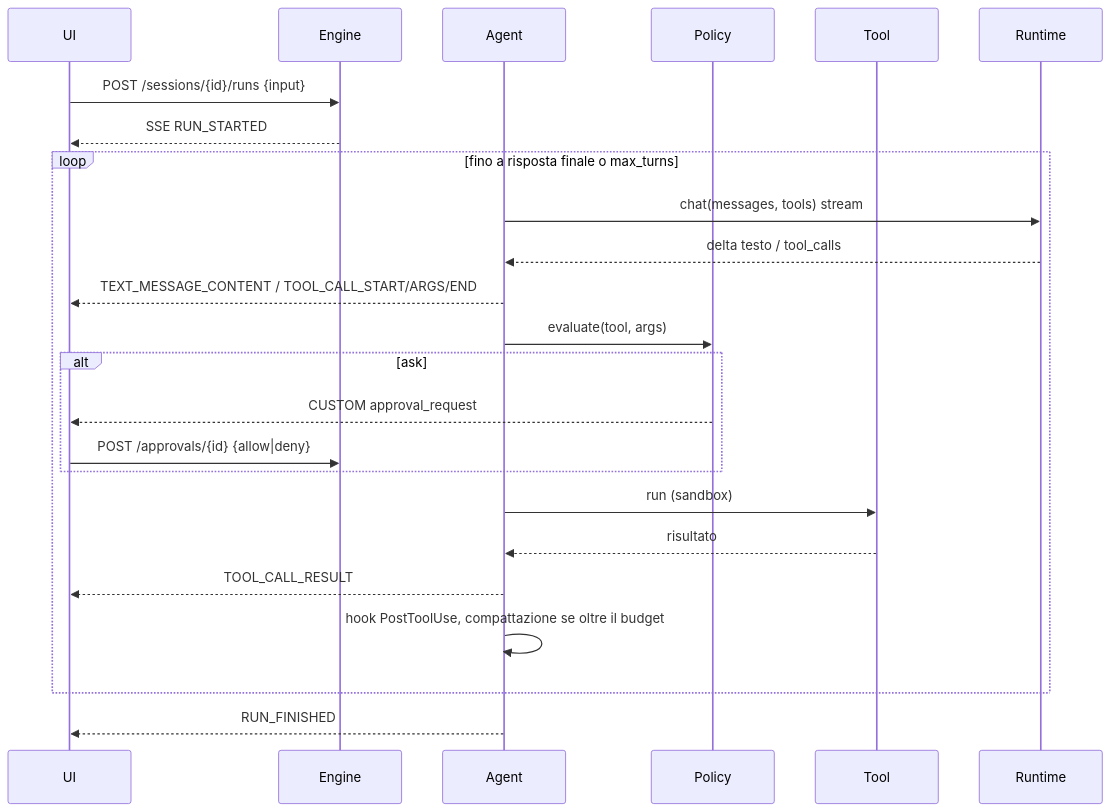
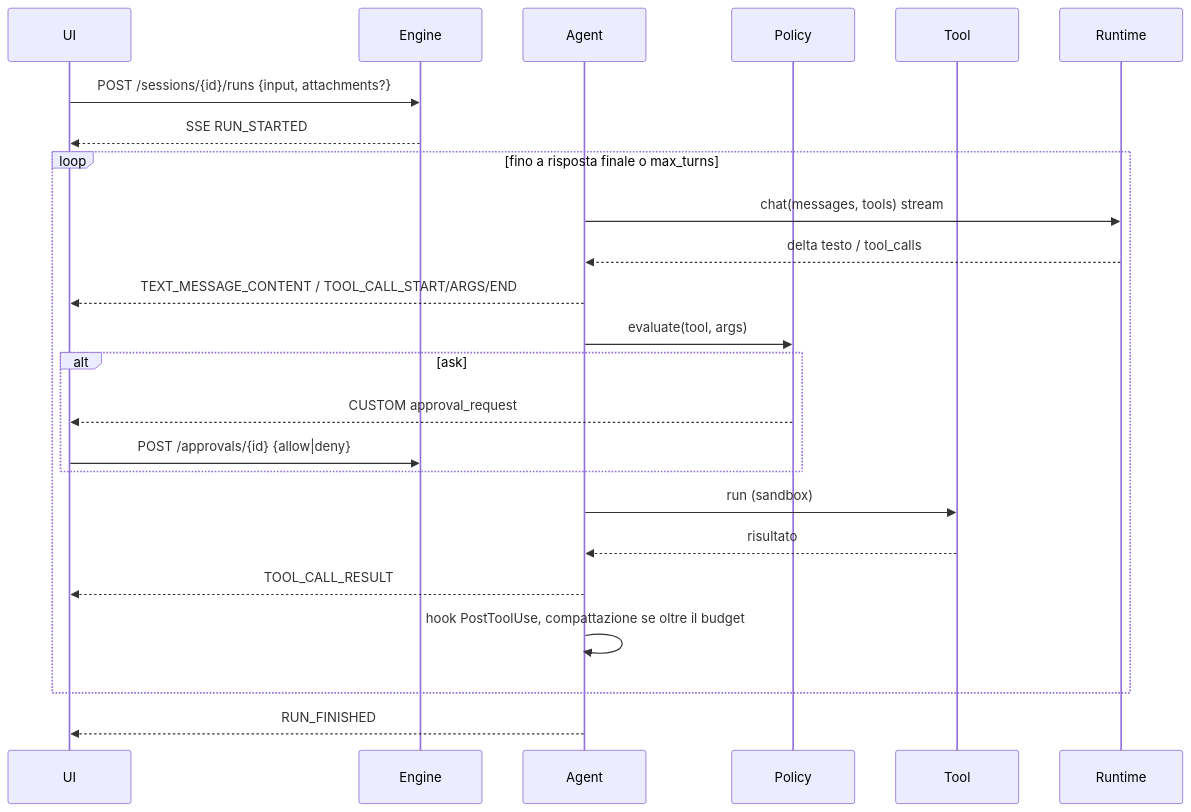
Before and after one commit to davides93/ai-workspace-local: the third of 3 diagrams in docs/architecture/ARCHITECTURE.md, drawn with Mermaid. The commit also changed other lines of this file and 619 other files, not shown here.

````diff
--- a/docs/architecture/ARCHITECTURE.md
+++ b/docs/architecture/ARCHITECTURE.md
@@ -210,26 +229,26 @@
 ```mermaid
 sequenceDiagram
   participant UI
   participant Engine
   participant Agent
   participant Policy
   participant Tool
   participant LLM as Runtime
-  UI->>Engine: POST /sessions/{id}/runs {input}
+  UI->>Engine: POST /sessions/{id}/runs {input, attachments?}
   Engine-->>UI: SSE RUN_STARTED
   loop fino a risposta finale o max_turns
     Agent->>LLM: chat(messages, tools) stream
     LLM-->>Agent: delta testo / tool_calls
     Agent-->>UI: TEXT_MESSAGE_CONTENT / TOOL_CALL_START/ARGS/END
     Agent->>Policy: evaluate(tool, args)
     alt ask
       Policy-->>UI: CUSTOM approval_request
       UI->>Engine: POST /approvals/{id} {allow|deny}
     end
     Agent->>Tool: run (sandbox)
     Tool-->>Agent: risultato
     Agent-->>UI: TOOL_CALL_RESULT
     Agent->>Agent: hook PostToolUse, compattazione se oltre il budget
   end
   Agent-->>UI: RUN_FINISHED
 ```
````
